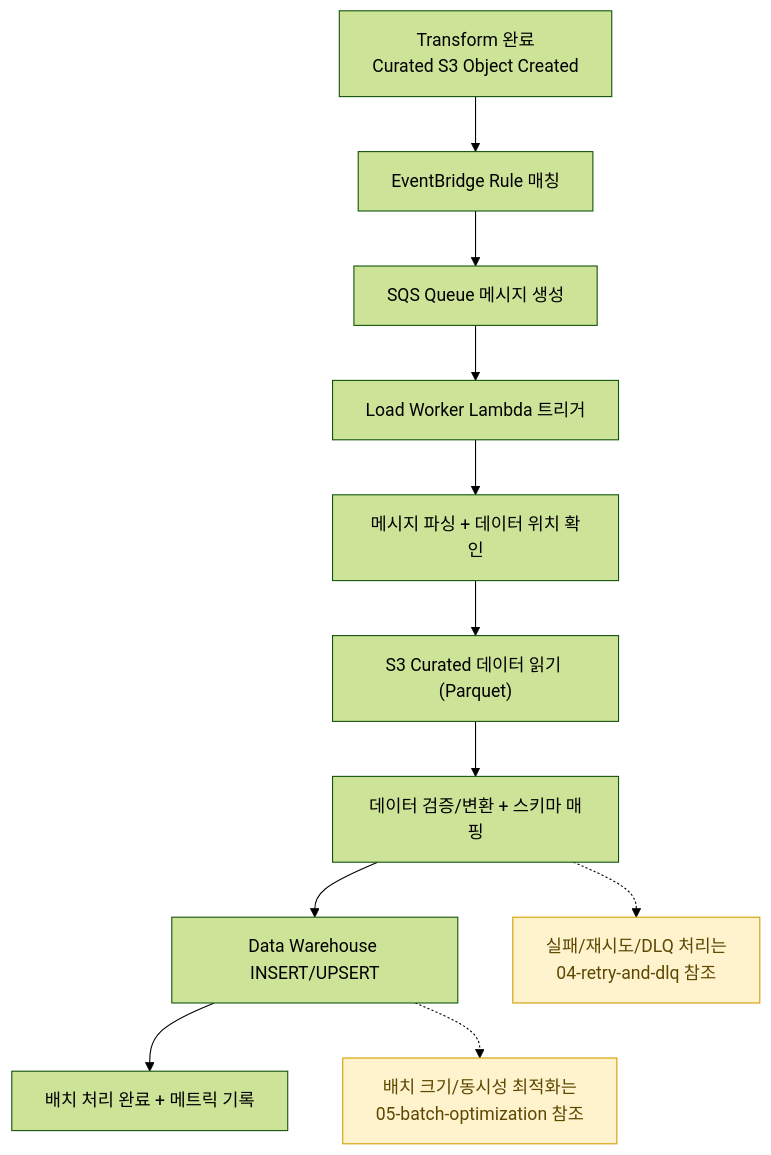
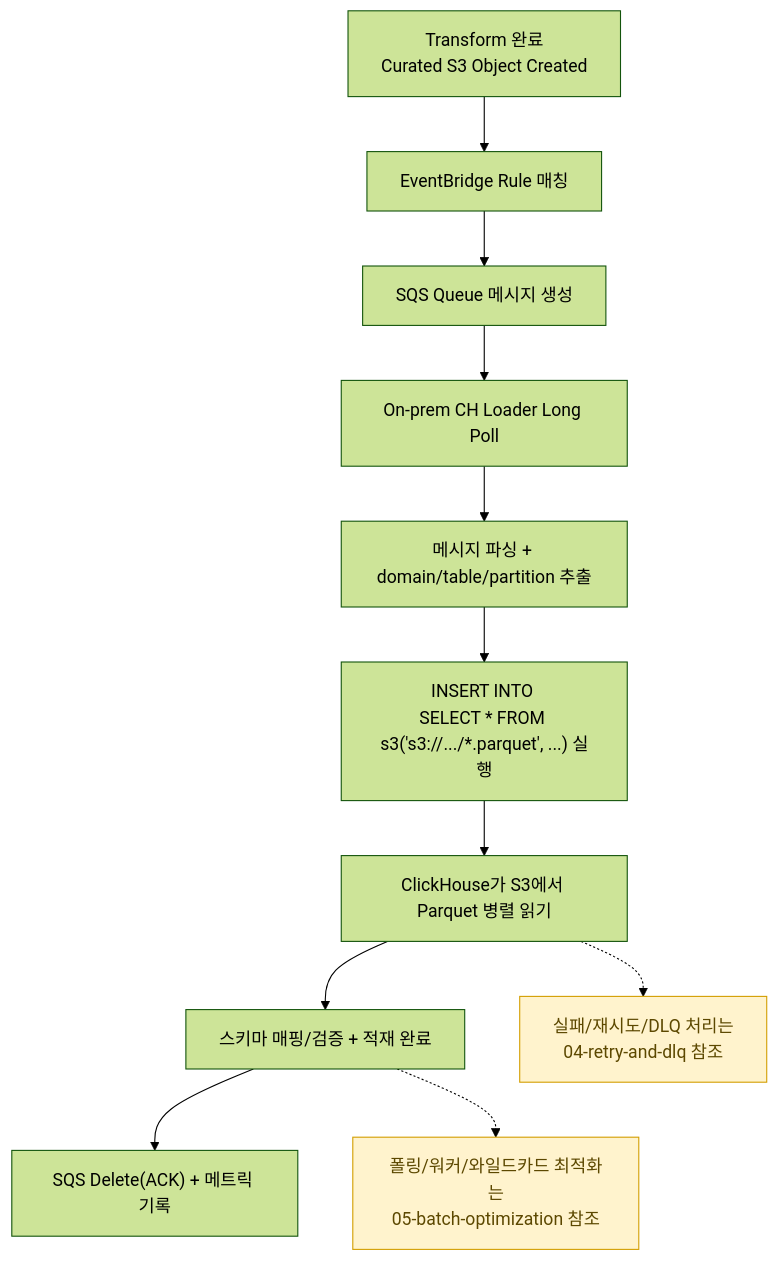
Before and after one commit to keemgdeok/fin-forge-pipeline: the diagram in docs/diagrams/load/02-data-flow.md, drawn with Mermaid (forest theme). The commit also changed 15 other files, not shown here.

Commit message:
refactor: changed load flow

````diff
--- a/docs/diagrams/load/02-data-flow.md
+++ b/docs/diagrams/load/02-data-flow.md
@@ -1,21 +1,21 @@
 ```mermaid
 flowchart TD
   A["Transform 완료<br/>Curated S3 Object Created"] --> B["EventBridge Rule 매칭"]
   B --> C["SQS Queue 메시지 생성"]
-  C --> D["Load Worker Lambda 트리거"]
-  D --> E["메시지 파싱 + 데이터 위치 확인"]
-  E --> F["S3 Curated 데이터 읽기 (Parquet)"]
-  F --> G["데이터 검증/변환 + 스키마 매핑"]
-  G --> H["Data Warehouse INSERT/UPSERT"]
-  H --> I["배치 처리 완료 + 메트릭 기록"]
+  C --> D["On‑prem CH Loader Long Poll"]
+  D --> E["메시지 파싱 + domain/table/partition 추출"]
+  E --> F["INSERT INTO <table>\nSELECT * FROM s3('s3://.../*.parquet', ...) 실행"]
+  F --> G["ClickHouse가 S3에서 Parquet 병렬 읽기"]
+  G --> H["스키마 매핑/검증 + 적재 완료"]
+  H --> I["SQS Delete(ACK) + 메트릭 기록"]
 
   %% DLQ 상세 처리 참고 노트
   NDQ["실패/재시도/DLQ 처리는<br/>04-retry-and-dlq 참조"]:::note
   G -.-> NDQ
 
-  %% 배치 최적화 참고 노트
-  NBATCH["배치 크기/동시성 최적화는<br/>05-batch-optimization 참조"]:::note
+  %% 배치/동시성 최적화 참고 노트
+  NBATCH["폴링/워커/와일드카드 최적화는<br/>05-batch-optimization 참조"]:::note
   H -.-> NBATCH
   
   classDef note fill:#fff3cd,stroke:#d39e00,color:#5c4800;
 ```
````
